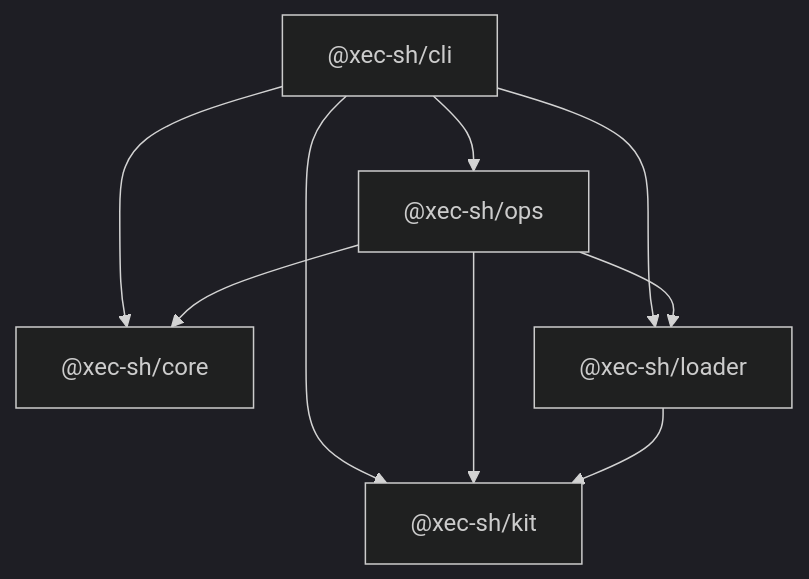
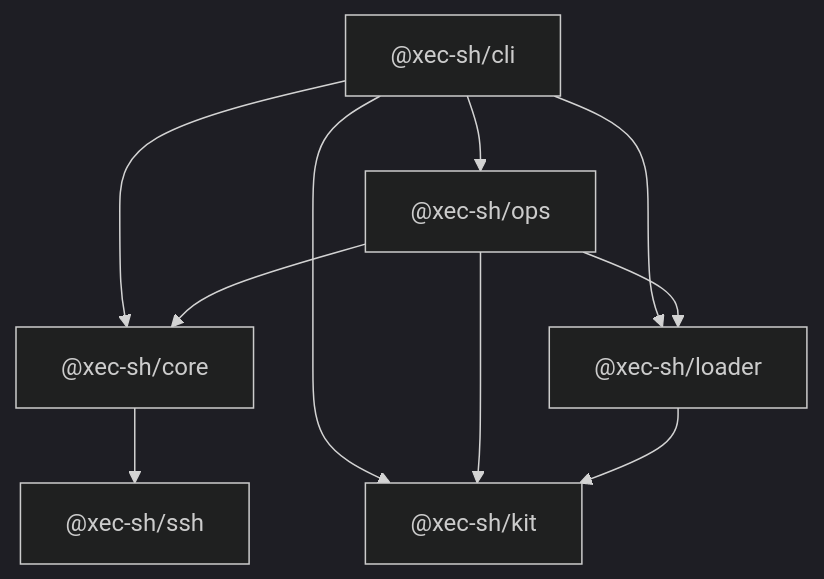
The first of 5 diagrams in website/docs/introduction/architecture.md (xec-sh/xec), drawn with Mermaid (dark theme) before and after one commit. The commit also changed other lines of this file and 28 other files, not shown here.

````diff
--- a/website/docs/introduction/architecture.md
+++ b/website/docs/introduction/architecture.md
@@ -50,11 +51,12 @@
 ```mermaid
 flowchart TD
     CLI["@xec-sh/cli"] --> OPS["@xec-sh/ops"]
     CLI --> CORE["@xec-sh/core"]
     CLI --> KIT["@xec-sh/kit"]
     CLI --> LOADER["@xec-sh/loader"]
+    CORE --> SSH["@xec-sh/ssh"]
     OPS --> CORE
     OPS --> KIT
     OPS --> LOADER
     LOADER --> KIT
 ```
````
